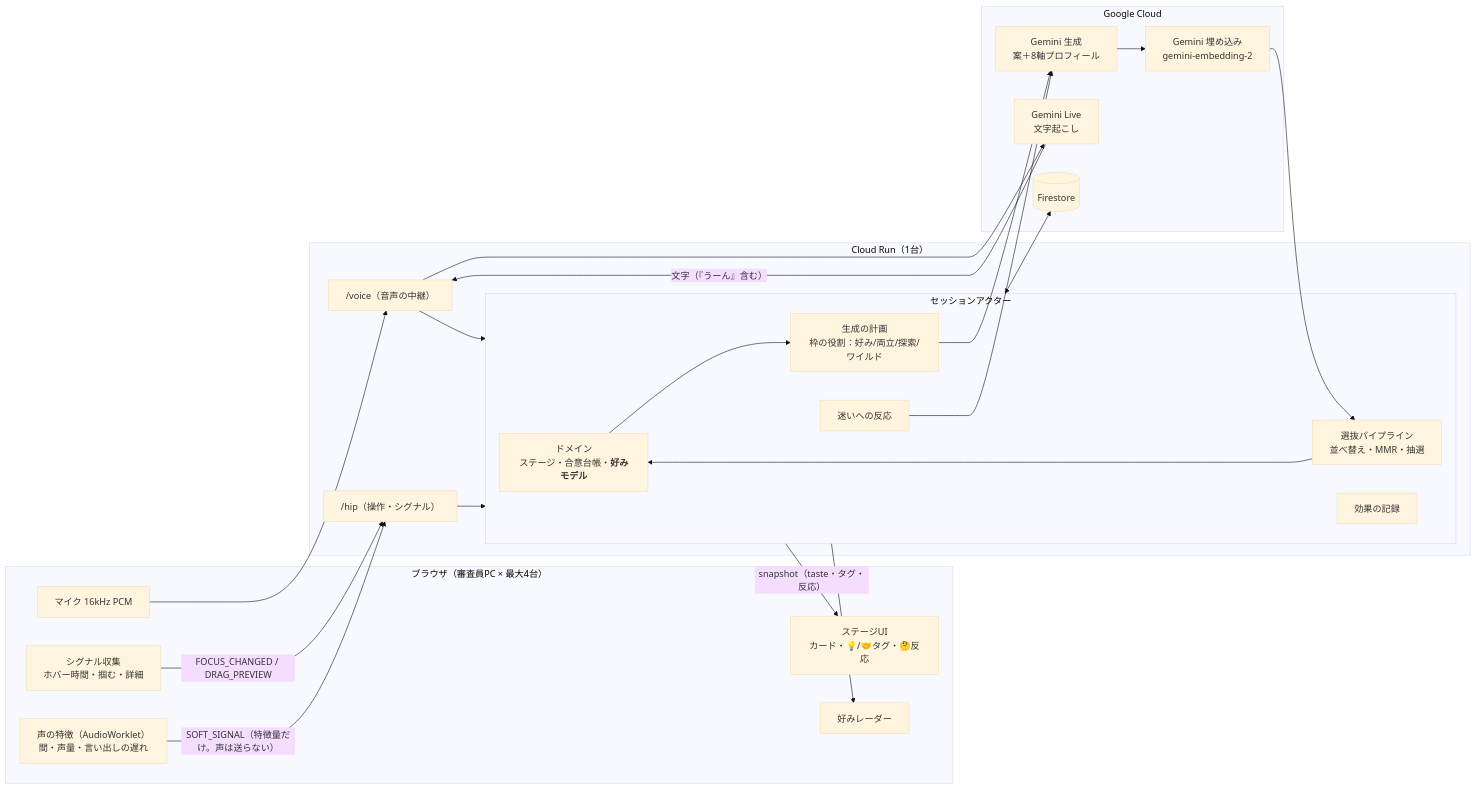
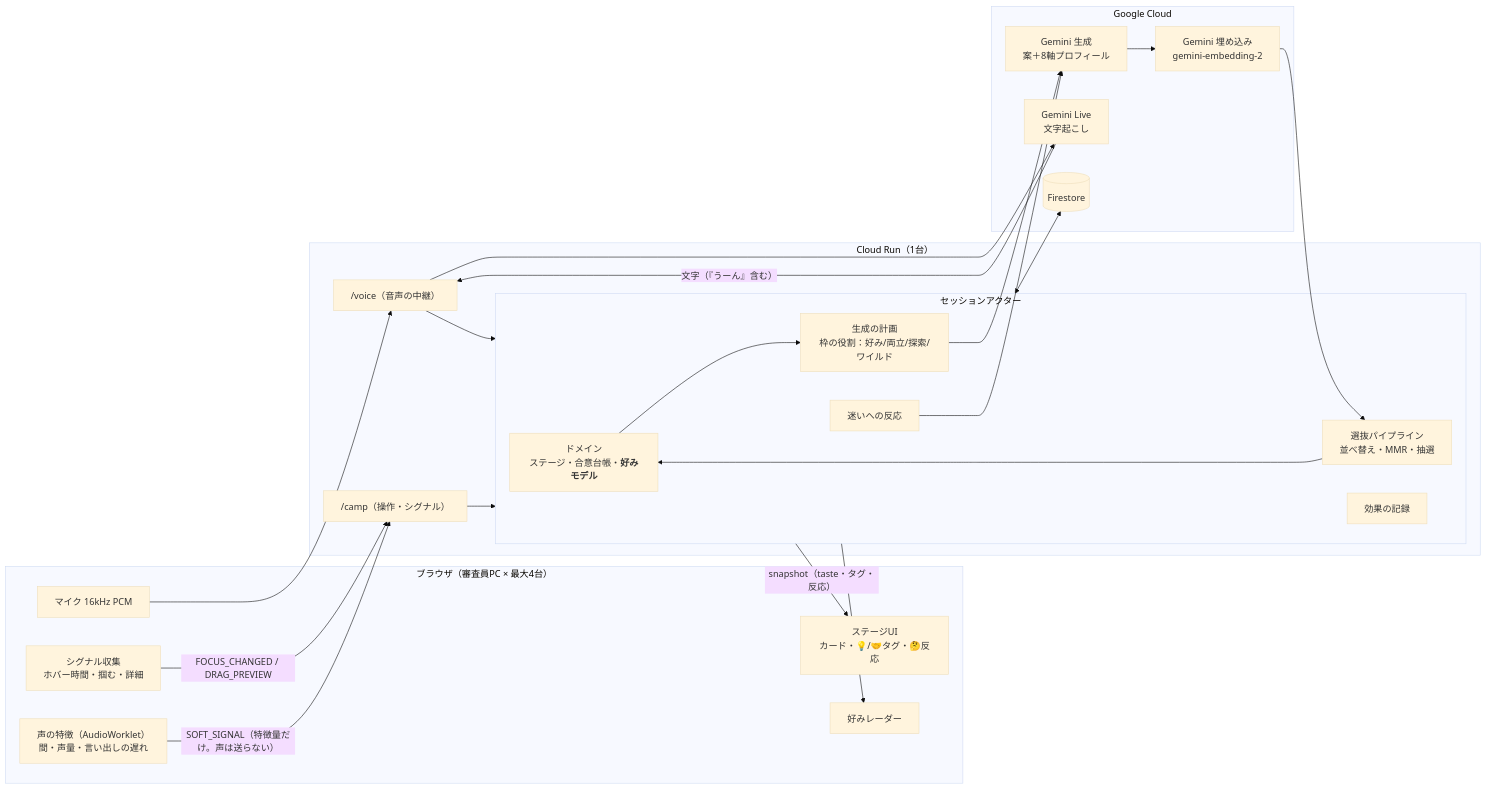
One commit to yuto-valiark/idea-audition changed the first of 6 diagrams in docs/adr/ADR-0009-taste-engine.md. Above: the diagram before and after it, drawn with Mermaid (base theme). The commit also changed other lines of this file and 13 other files, not shown here.

First line of the commit message:
HIP の名前の残りを CAMP にそろえる

````diff
--- a/docs/adr/ADR-0009-taste-engine.md
+++ b/docs/adr/ADR-0009-taste-engine.md
@@ -36,40 +36,40 @@
 ```mermaid
 flowchart LR
   subgraph Browser["ブラウザ（審査員PC × 最大4台）"]
     UI["ステージUI<br/>カード・💡/🤝タグ・🤔反応"]
     Radar["好みレーダー"]
     Sig["シグナル収集<br/>ホバー時間・掴む・詳細"]
     Pros["声の特徴（AudioWorklet）<br/>間・声量・言い出しの遅れ"]
     Mic["マイク 16kHz PCM"]
   end
 
   subgraph Run["Cloud Run（1台）"]
-    WS["/hip（操作・シグナル）"]
+    WS["/camp（操作・シグナル）"]
     VWS["/voice（音声の中継）"]
     subgraph Actor["セッションアクター"]
       Dom["ドメイン<br/>ステージ・合意台帳・<b>好みモデル</b>"]
       Sel["選抜パイプライン<br/>並べ替え・MMR・抽選"]
       Gen["生成の計画<br/>枠の役割：好み/両立/探索/ワイルド"]
       Re["迷いへの反応"]
       Met["効果の記録"]
     end
   end
 
   subgraph Google["Google Cloud"]
     G1["Gemini 生成<br/>案＋8軸プロフィール"]
     G2["Gemini 埋め込み<br/>gemini-embedding-2"]
     G3["Gemini Live<br/>文字起こし"]
     FS[("Firestore")]
   end
 
   Sig -- "FOCUS_CHANGED / DRAG_PREVIEW" --> WS
   Pros -- "SOFT_SIGNAL（特徴量だけ。声は送らない）" --> WS
   Mic --> VWS --> G3 -- "文字（『うーん』含む）" --> VWS --> Actor
   WS --> Actor
   Dom --> Gen --> G1
   G1 --> G2 --> Sel --> Dom
   Re --> G1
   Actor -- "snapshot（taste・タグ・反応）" --> UI
   Actor --> Radar
   Actor <--> FS
 ```
````
